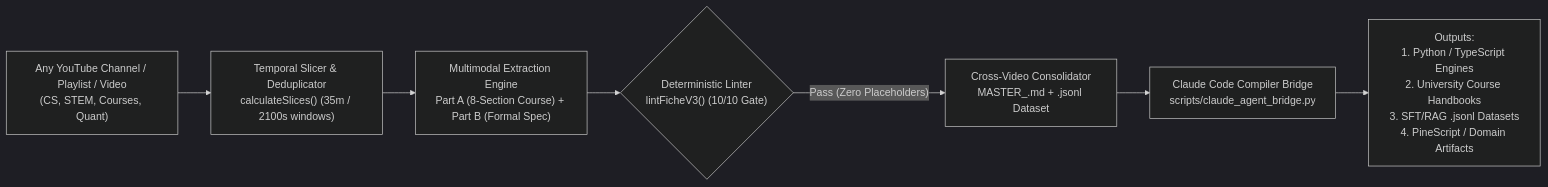
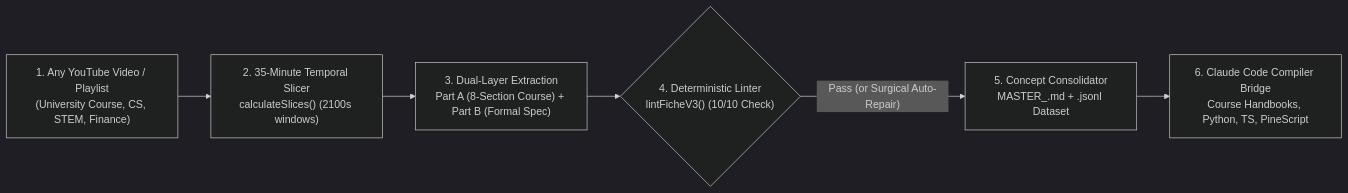
The diagram in README.md (Christ-yavn/youtube-video-extractor), drawn with Mermaid (dark theme) before and after one commit. The commit also changed other lines of this file and 3 other files, not shown here.

````diff
--- a/README.md
+++ b/README.md
@@ -28,9 +49,8 @@
 ```mermaid
 flowchart LR
-    A["Any YouTube Channel / Playlist / Video<br/>(CS, STEM, Courses, Quant)"] --> B["Temporal Slicer & Deduplicator<br/>calculateSlices() (35m / 2100s windows)"]
-    B --> C["Multimodal Extraction Engine<br/>Part A (8-Section Course) + Part B (Formal Spec)"]
-    C --> D{"Deterministic Linter<br/>lintFicheV3() (10/10 Gate)"}
-    D -- "Pass (Zero Placeholders)" --> E["Cross-Video Consolidator<br/>MASTER_<CONCEPT>.md + .jsonl Dataset"]
-    E --> F["Claude Code Compiler Bridge<br/>scripts/claude_agent_bridge.py"]
-    F --> G["Outputs:<br/>1. Python / TypeScript Engines<br/>2. University Course Handbooks<br/>3. SFT/RAG .jsonl Datasets<br/>4. PineScript / Domain Artifacts"]
+    A["1. Any YouTube Video / Playlist<br/>(University Course, CS, STEM, Finance)"] --> B["2. 35-Minute Temporal Slicer<br/>calculateSlices() (2100s windows)"]
+    B --> C["3. Dual-Layer Extraction<br/>Part A (8-Section Course) + Part B (Formal Spec)"]
+    C --> D{"4. Deterministic Linter<br/>lintFicheV3() (10/10 Check)"}
+    D -- "Pass (or Surgical Auto-Repair)" --> E["5. Concept Consolidator<br/>MASTER_<CONCEPT>.md + .jsonl Dataset"]
+    E --> F["6. Claude Code Compiler Bridge<br/>Course Handbooks, Python, TS, PineScript"]
 ```
````
